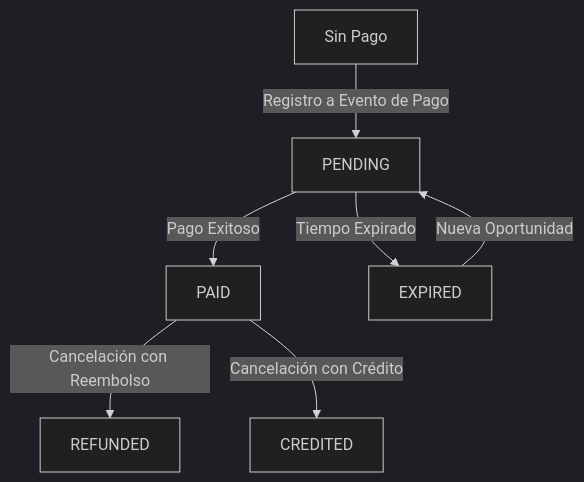
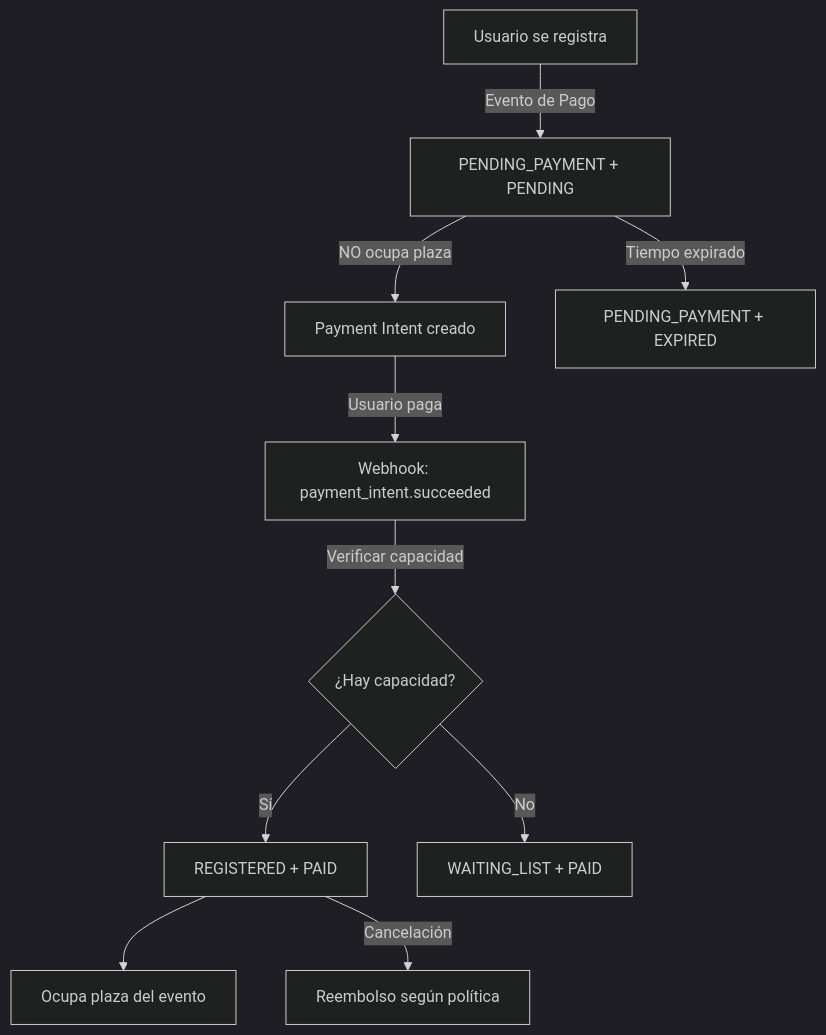
The first of 2 diagrams in docs/EVENT_MONETIZATION.md (Alexmontesino96/GymAPI), drawn with Mermaid (dark theme) before and after one commit. The commit also changed other lines of this file and 6 other files, not shown here.

First line of the commit message:
fix(events): implementar estado PENDING_PAYMENT para control de capacidad

````diff
--- a/docs/EVENT_MONETIZATION.md
+++ b/docs/EVENT_MONETIZATION.md
@@ -347,9 +389,12 @@
 ```mermaid
 graph TD
-    A[Sin Pago] -->|Registro a Evento de Pago| B[PENDING]
-    B -->|Pago Exitoso| C[PAID]
-    B -->|Tiempo Expirado| D[EXPIRED]
-    C -->|Cancelación con Reembolso| E[REFUNDED]
-    C -->|Cancelación con Crédito| F[CREDITED]
-    D -->|Nueva Oportunidad| B
+    A[Usuario se registra] -->|Evento de Pago| B[PENDING_PAYMENT + PENDING]
+    B -->|NO ocupa plaza| C[Payment Intent creado]
+    C -->|Usuario paga| D[Webhook: payment_intent.succeeded]
+    D -->|Verificar capacidad| E{¿Hay capacidad?}
+    E -->|Sí| F[REGISTERED + PAID]
+    E -->|No| G[WAITING_LIST + PAID]
+    F --> H[Ocupa plaza del evento]
+    B -->|Tiempo expirado| I[PENDING_PAYMENT + EXPIRED]
+    F -->|Cancelación| J[Reembolso según política]
 ```
````
